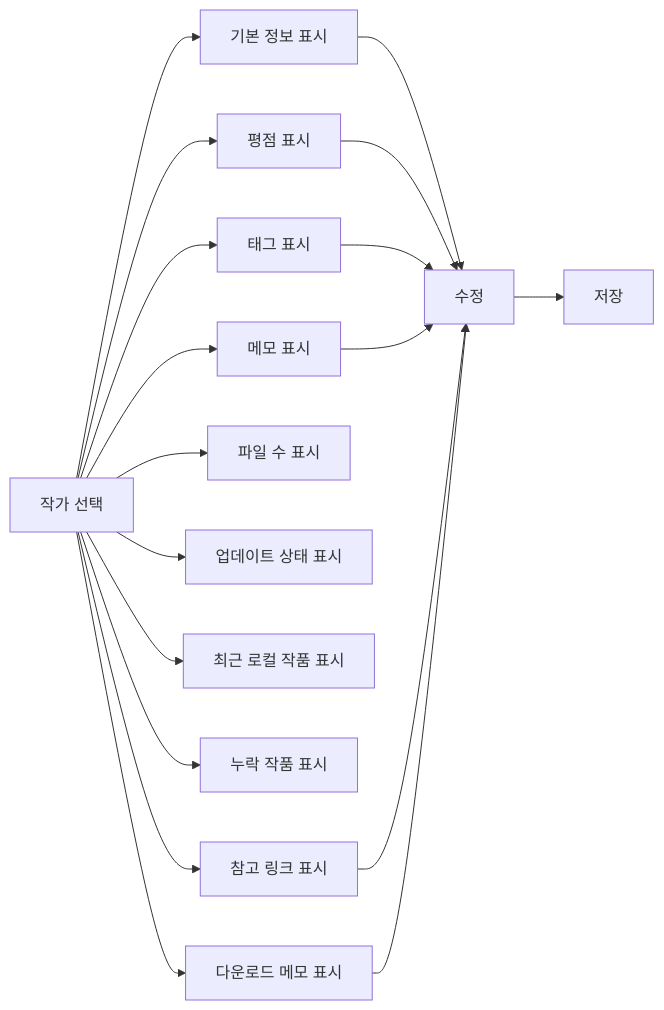
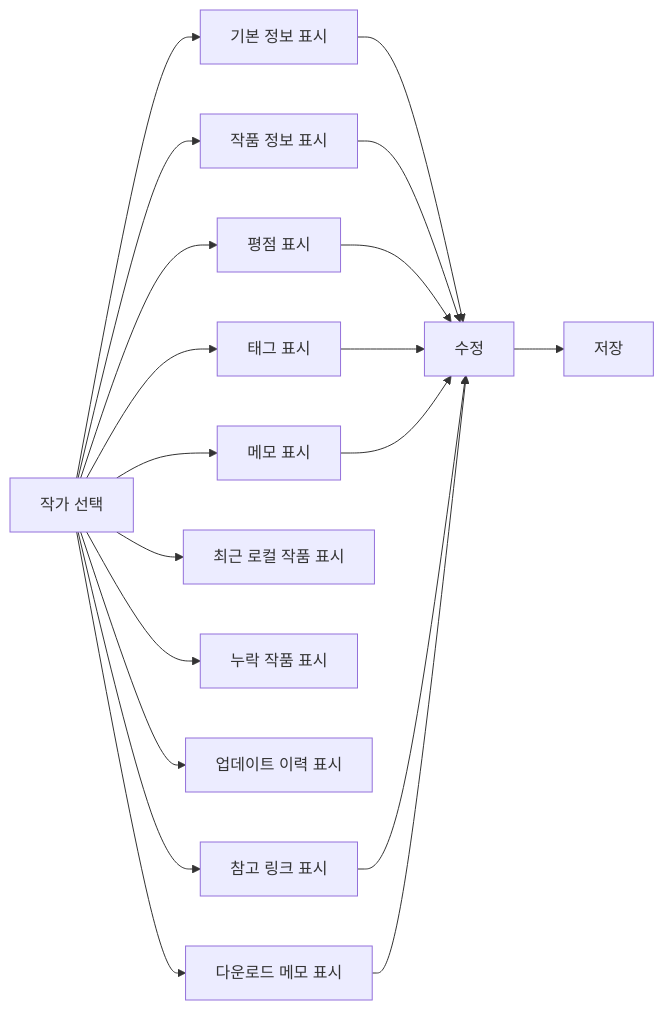
Before and after one commit to PKT0623/PixivLocalManager: the eighth of 25 diagrams in docs/03_SYSTEM_FLOW.md, drawn with Mermaid. The commit also changed other lines of this file and 10 other files, not shown here.

````diff
--- a/docs/03_SYSTEM_FLOW.md
+++ b/docs/03_SYSTEM_FLOW.md
@@ -70,25 +189,26 @@
 ```mermaid
 flowchart LR
 
 A[작가 선택]
 
 A --> B[기본 정보 표시]
-A --> C[평점 표시]
-A --> D[태그 표시]
-A --> E[메모 표시]
-A --> F[파일 수 표시]
-A --> G[업데이트 상태 표시]
-A --> H[최근 로컬 작품 표시]
-A --> I[누락 작품 표시]
+A --> C[작품 정보 표시]
+A --> D[평점 표시]
+A --> E[태그 표시]
+A --> F[메모 표시]
+A --> G[최근 로컬 작품 표시]
+A --> H[누락 작품 표시]
+A --> I[업데이트 이력 표시]
 A --> J[참고 링크 표시]
 A --> K[다운로드 메모 표시]
 
 B --> L[수정]
 C --> L
 D --> L
 E --> L
+F --> L
 J --> L
 K --> L
 
 L --> M[저장]
 ```
````
